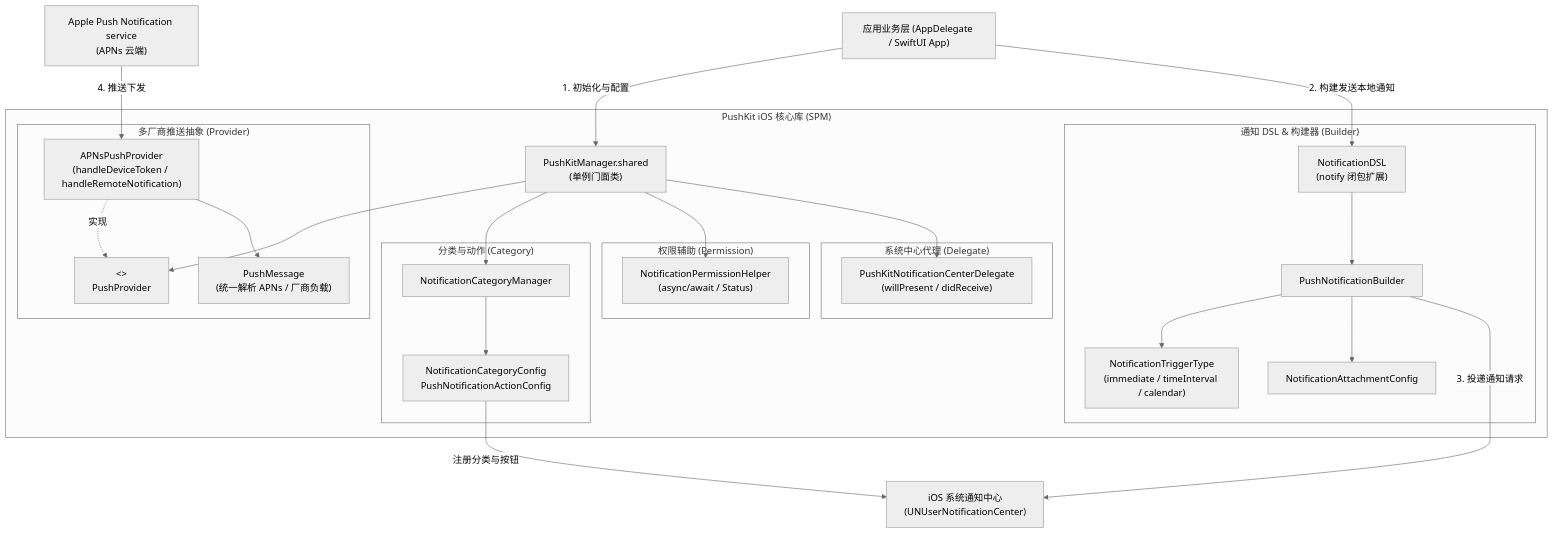
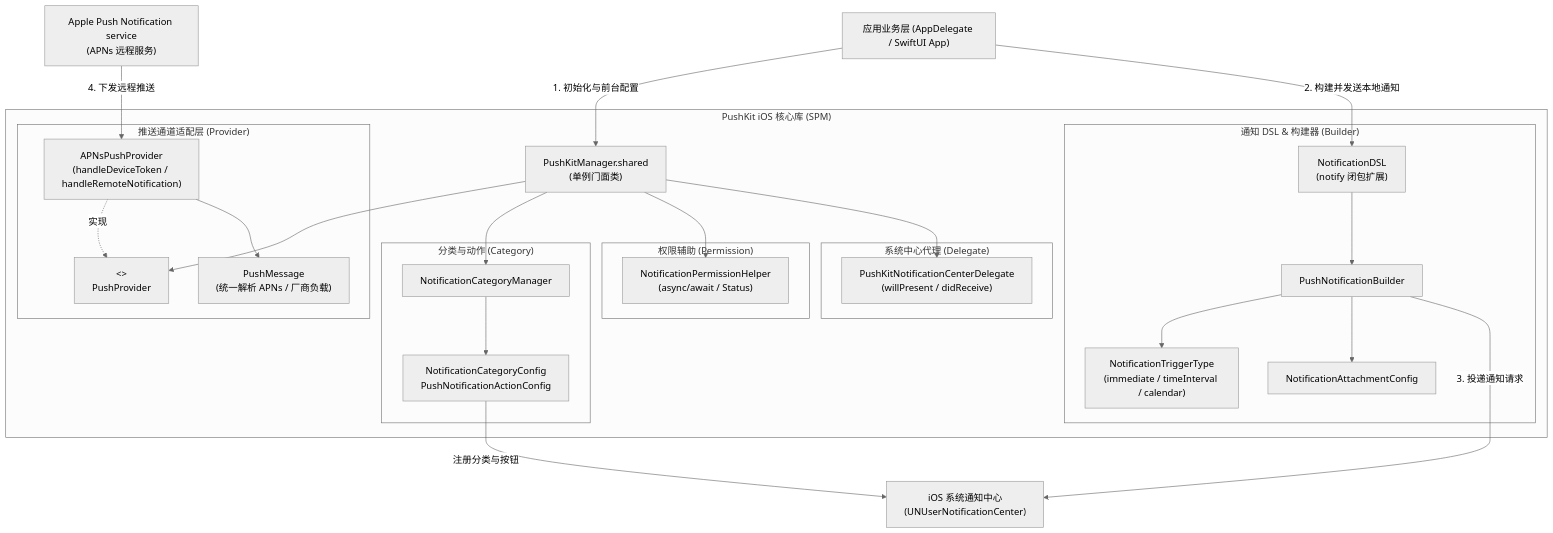
One commit to e-hai/PushKit-iOS changed the diagram in README.md. Above: the diagram before and after it, drawn with Mermaid (neutral theme). The commit also changed other lines of this file and 6 other files, not shown here.

````diff
--- a/README.md
+++ b/README.md
@@ -20,58 +50,58 @@
 ```mermaid
 flowchart TB
     App["应用业务层 (AppDelegate / SwiftUI App)"]
     
     subgraph PushKit ["PushKit iOS 核心库 (SPM)"]
         Facade["PushKitManager.shared<br/>(单例门面类)"]
         
         subgraph CategoryModule ["分类与动作 (Category)"]
             CategoryMgr["NotificationCategoryManager"]
             CategoryConfig["NotificationCategoryConfig<br/>PushNotificationActionConfig"]
         end
         
         subgraph PermissionModule ["权限辅助 (Permission)"]
             PermHelper["NotificationPermissionHelper<br/>(async/await / Status)"]
         end
         
         subgraph BuilderModule ["通知 DSL & 构建器 (Builder)"]
             DSL["NotificationDSL<br/>(notify 闭包扩展)"]
             Builder["PushNotificationBuilder"]
             Trigger["NotificationTriggerType<br/>(immediate / timeInterval / calendar)"]
             Attachment["NotificationAttachmentConfig"]
         end
         
         subgraph DelegateModule ["系统中心代理 (Delegate)"]
             Delegate["PushKitNotificationCenterDelegate<br/>(willPresent / didReceive)"]
         end
         
-        subgraph ProviderModule ["多厂商推送抽象 (Provider)"]
+        subgraph ProviderModule ["推送通道适配层 (Provider)"]
             PushProviderInterface["<<Protocol>><br/>PushProvider"]
             PushMessage["PushMessage<br/>(统一解析 APNs / 厂商负载)"]
             APNs["APNsPushProvider<br/>(handleDeviceToken / handleRemoteNotification)"]
         end
     end
     
     UNCenter["iOS 系统通知中心<br/>(UNUserNotificationCenter)"]
-    APNsServer["Apple Push Notification service<br/>(APNs 云端)"]
+    APNsServer["Apple Push Notification service<br/>(APNs 远程服务)"]
 
     %% 交互链路
-    App -->|1. 初始化与配置| Facade
-    App -->|2. 构建发送本地通知| DSL
+    App -->|1. 初始化与前台配置| Facade
+    App -->|2. 构建并发送本地通知| DSL
     
     Facade --> CategoryMgr
     Facade --> PermHelper
     Facade --> Delegate
     Facade --> PushProviderInterface
     
     DSL --> Builder
     Builder --> Trigger
     Builder --> Attachment
     Builder -->|3. 投递通知请求| UNCenter
     
     CategoryMgr --> CategoryConfig
     CategoryConfig -->|注册分类与按钮| UNCenter
     
     APNs -.->|实现| PushProviderInterface
-    APNsServer -->|4. 推送下发| APNs
+    APNsServer -->|4. 下发远程推送| APNs
     APNs --> PushMessage
 ```
````
